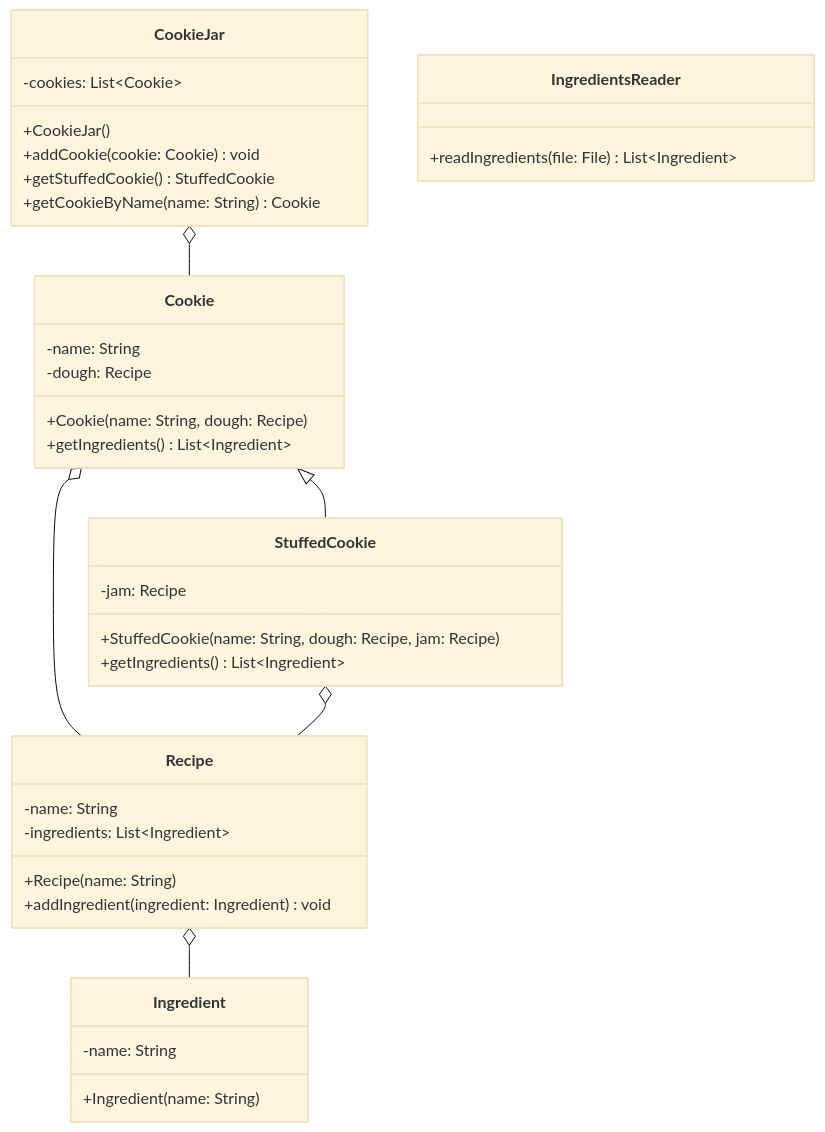
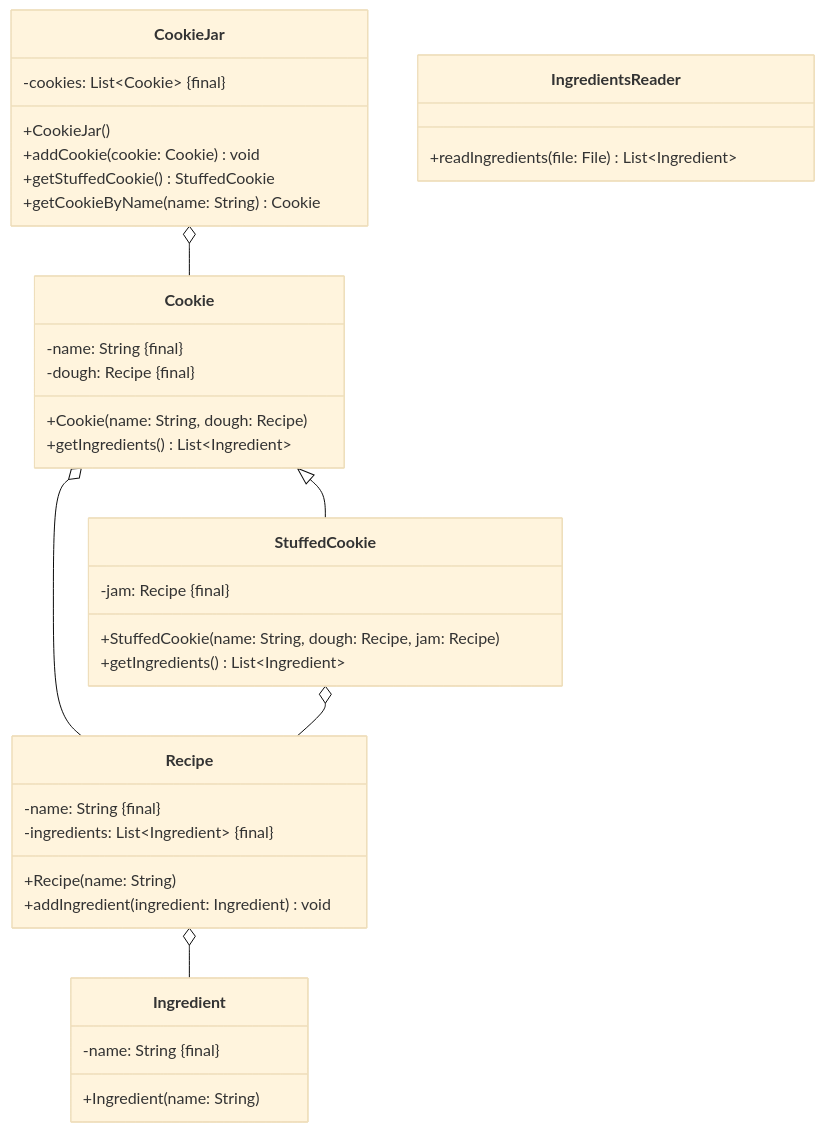
One commit to jappuccini/java-docs changed the diagram in docs/exam-exercises/exam-exercises-java1/cookie-jar.md. Above: the diagram before and after it, drawn with Mermaid (base theme). The commit also changed 24 other files, not shown here.

````diff
--- a/docs/exam-exercises/exam-exercises-java1/cookie-jar.md
+++ b/docs/exam-exercises/exam-exercises-java1/cookie-jar.md
@@ -12,45 +12,45 @@
 ```mermaid
 classDiagram
     CookieJar o-- Cookie
     Cookie <|-- StuffedCookie
     Cookie o-- Recipe
     StuffedCookie o-- Recipe
     Recipe o-- Ingredient
 
     class CookieJar {
-        -cookies: List~Cookie~
+        -cookies: List~Cookie~ &#123final&#125
         +CookieJar()
         +addCookie(cookie: Cookie) void
         +getStuffedCookie() StuffedCookie
         +getCookieByName(name: String) Cookie
     }
 
     class Cookie {
-        -name: String
-        -dough: Recipe
+        -name: String &#123final&#125
+        -dough: Recipe &#123final&#125
         +Cookie(name: String, dough: Recipe)
         +getIngredients() List~Ingredient~
     }
 
     class StuffedCookie {
-        -jam: Recipe
+        -jam: Recipe &#123final&#125
         +StuffedCookie(name: String, dough: Recipe, jam: Recipe)
         +getIngredients() List~Ingredient~
     }
 
     class Recipe {
-        -name: String
-        -ingredients: List~Ingredient~
+        -name: String &#123final&#125
+        -ingredients: List~Ingredient~ &#123final&#125
         +Recipe(name: String)
         +addIngredient(ingredient: Ingredient) void
     }
 
     class Ingredient {
-        -name: String
+        -name: String &#123final&#125
         +Ingredient(name: String)
     }
 
     class IngredientsReader {
         +readIngredients(file: File) List~Ingredient~
     }
 ```
````
